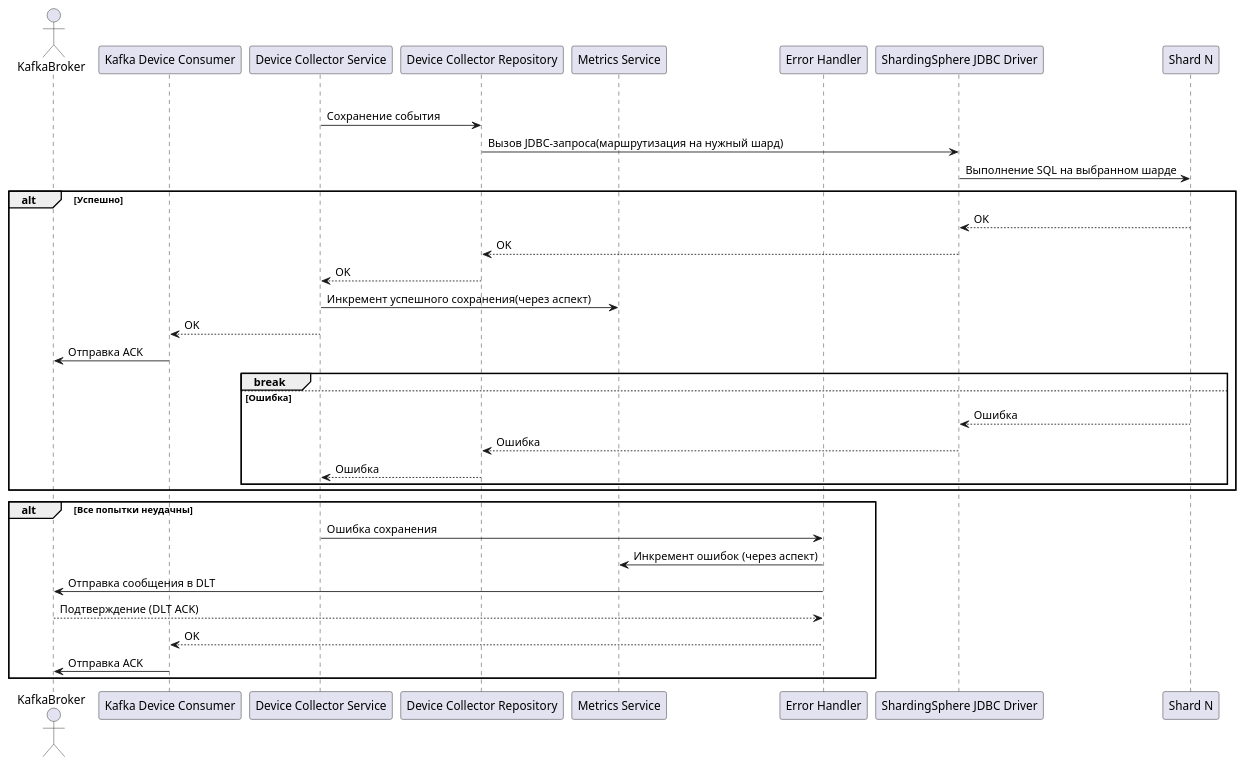
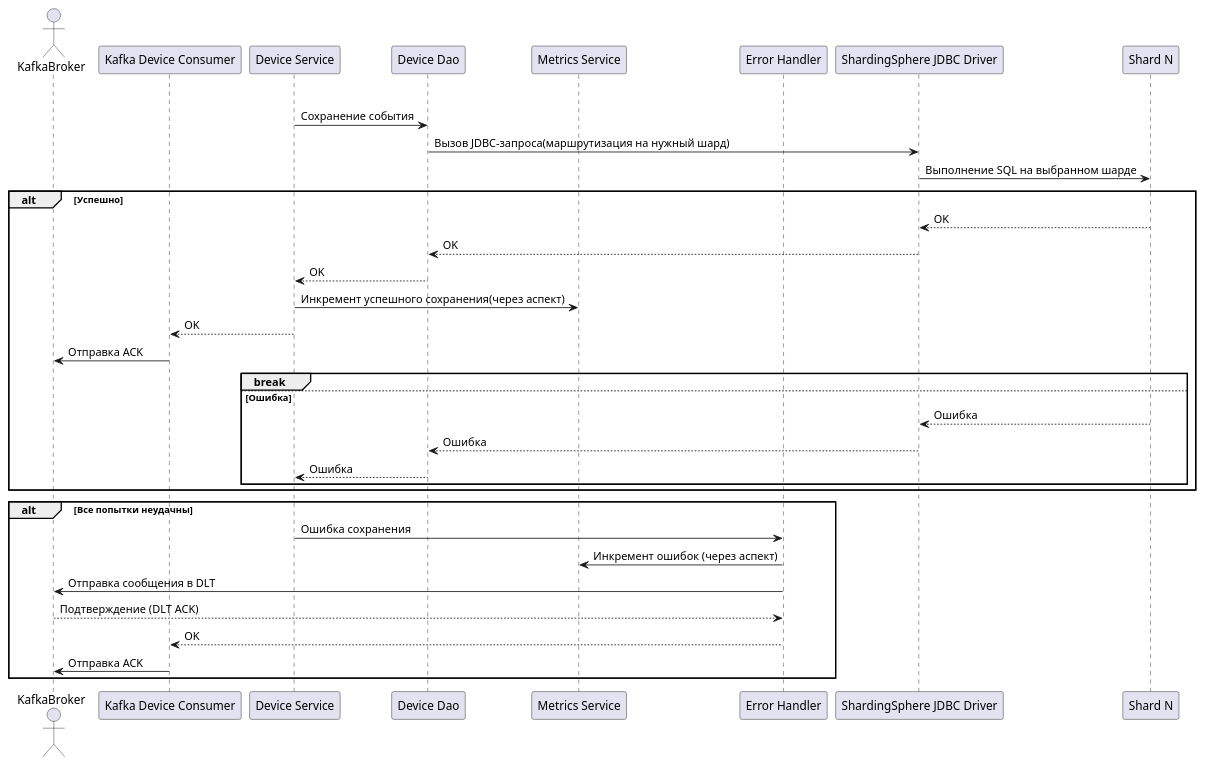
One commit to SinglePlayer56/iot changed the diagram in device-collector/diagrams/sequence.puml. Above: the diagram before and after it, drawn with PlantUML. The commit also changed 9 other files, not shown here.

Commit message:
Add DAO layer. Update sharding config Update diagrams.

```diff
--- a/device-collector/diagrams/sequence.puml
+++ b/device-collector/diagrams/sequence.puml
@@ -1,38 +1,38 @@
 @startuml
 actor KafkaBroker
 participant "Kafka Device Consumer" as KDC
-participant "Device Collector Service" as DCS
-participant "Device Collector Repository" as DCR
+participant "Device Service" as DCS
+participant "Device Dao" as DCR
 participant "Metrics Service" as MS
 participant "Error Handler" as EH
 participant "ShardingSphere JDBC Driver" as SSJ
 participant "Shard N" as S
 
 loop N попыток
     DCS -> DCR : Сохранение события
     DCR -> SSJ: Вызов JDBC-запроса(маршрутизация на нужный шард)
     SSJ -> S : Выполнение SQL на выбранном шарде
     alt Успешно
         S --> SSJ : OK
         SSJ --> DCR : OK
         DCR --> DCS : OK
         DCS -> MS : Инкремент успешного сохранения(через аспект)
         DCS --> KDC : OK
         KDC -> KafkaBroker : Отправка ACK
         break
     else Ошибка
         S --> SSJ : Ошибка
         SSJ --> DCR : Ошибка
         DCR --> DCS : Ошибка
     end
 end
 
 alt Все попытки неудачны
     DCS -> EH : Ошибка сохранения
     EH -> MS : Инкремент ошибок (через аспект)
     EH -> KafkaBroker : Отправка сообщения в DLT
     KafkaBroker --> EH : Подтверждение (DLT ACK)
     EH --> KDC : OK
     KDC -> KafkaBroker : Отправка ACK
 end
 @enduml
```
